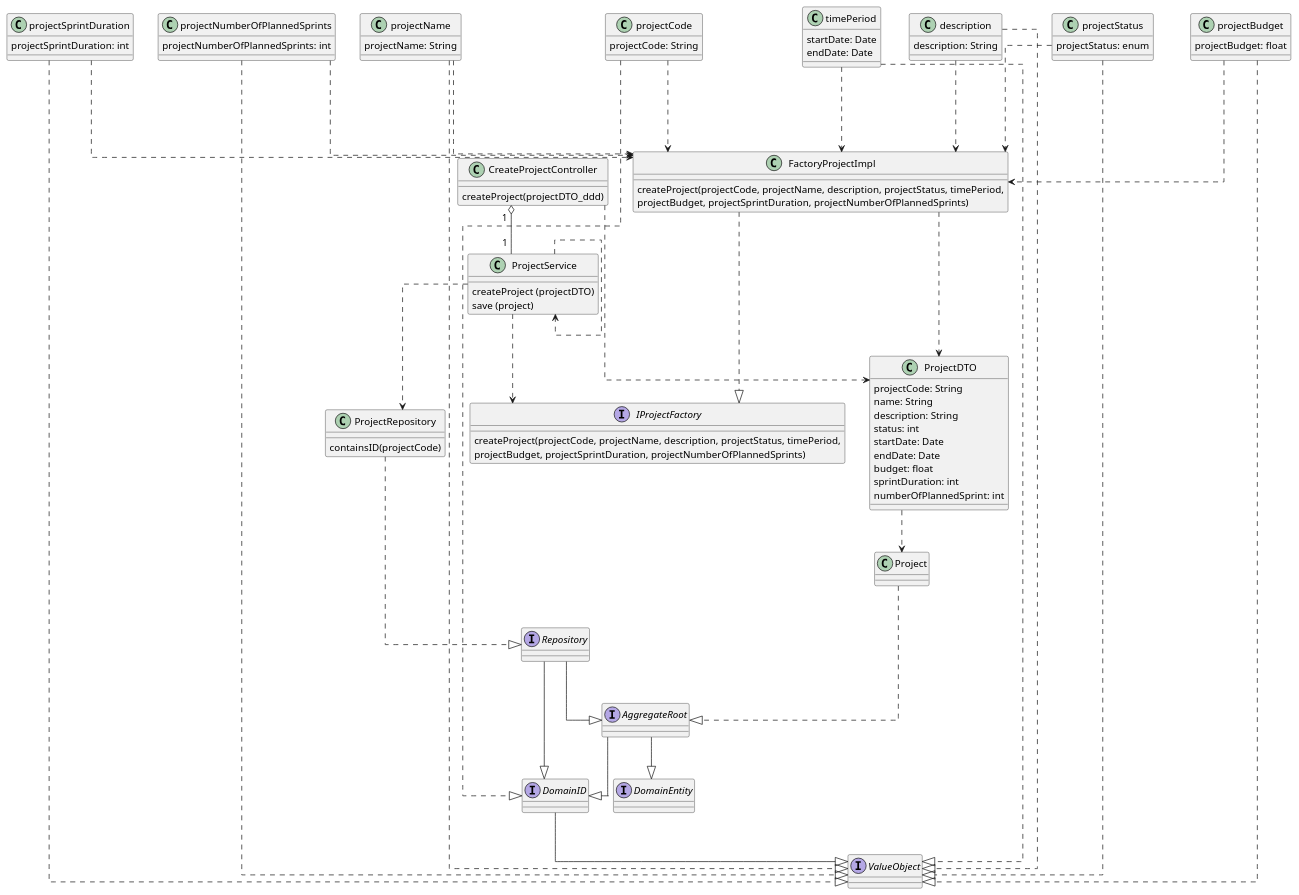
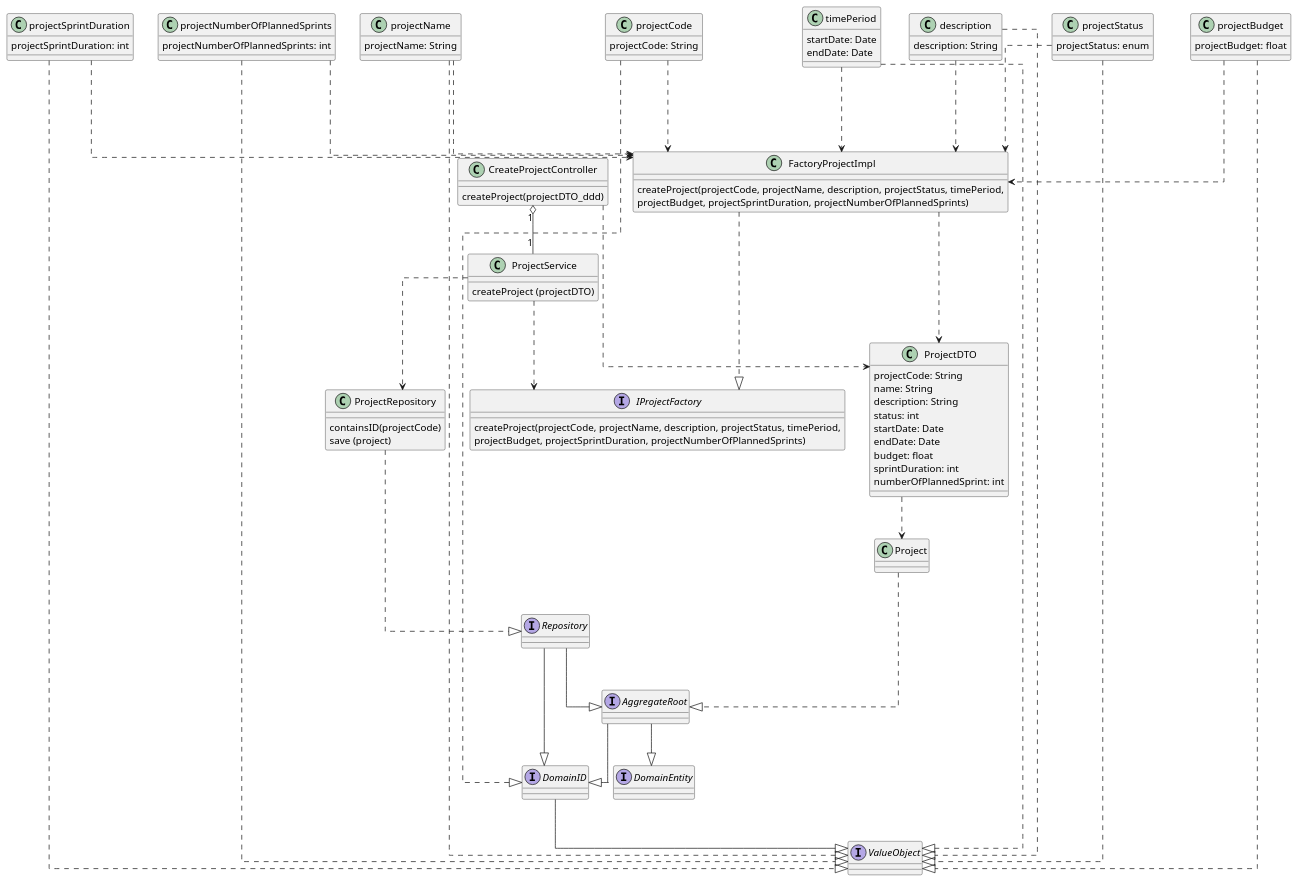
One commit to ivo-menezes/project_g3 changed the diagram in docs/modelling_design/user_stories/us010/US010_CreateProjectCD.puml. Above: the diagram before and after it, drawn with PlantUML.

Commit message:
US010: Design : New update CD (addresses #50)

```diff
--- a/docs/modelling_design/user_stories/us010/US010_CreateProjectCD.puml
+++ b/docs/modelling_design/user_stories/us010/US010_CreateProjectCD.puml
@@ -1,132 +1,130 @@
 @startuml
 skinparam linetype ortho
 
 class CreateProjectController {
 createProject(projectDTO_ddd)
 }
 
 class ProjectService {
 createProject (projectDTO)
-save (project)
 }
 
 class ProjectRepository {
 containsID(projectCode)
+save (project)
 }
 
 interface IProjectFactory {
 createProject(projectCode, projectName, description, projectStatus, timePeriod,
  projectBudget, projectSprintDuration, projectNumberOfPlannedSprints)
 }
 
 class FactoryProjectImpl {
 createProject(projectCode, projectName, description, projectStatus, timePeriod,
  projectBudget, projectSprintDuration, projectNumberOfPlannedSprints)
 }
 
 class Project {
 }
 
 
 class projectCode {
 projectCode: String
 }
 
 class projectName {
 projectName: String
 }
 
 class description {
 description: String
 }
 
 class projectStatus {
 projectStatus: enum
 }
 
 class timePeriod {
 startDate: Date
 endDate: Date
 }
 
 class projectBudget {
 projectBudget: float
 }
 
 class projectSprintDuration {
 projectSprintDuration: int
 }
 
 class projectNumberOfPlannedSprints {
 projectNumberOfPlannedSprints: int
 }
 
 class ProjectDTO {
 projectCode: String
 name: String
 description: String
 status: int
 startDate: Date
 endDate: Date
 budget: float
 sprintDuration: int
 numberOfPlannedSprint: int
 }
 
 interface ValueObject {
 }
 
 interface DomainID {
 }
 
 interface Repository {
 }
 
 interface AggregateRoot {
 }
 
 interface DomainEntity {
 }
 
 CreateProjectController "1" o--"1" ProjectService
 ProjectDTO ..> Project
 CreateProjectController ..> ProjectDTO
 ProjectService ..> IProjectFactory
-ProjectService ..> ProjectService
-
 
 FactoryProjectImpl -..> ProjectDTO
 ProjectService ..> ProjectRepository
 FactoryProjectImpl -..|> IProjectFactory
 
 projectCode -..> FactoryProjectImpl
 projectName -..> FactoryProjectImpl
 description -..> FactoryProjectImpl
 projectStatus -..> FactoryProjectImpl
 timePeriod -..> FactoryProjectImpl
 projectBudget -..> FactoryProjectImpl
 projectSprintDuration -..> FactoryProjectImpl
 projectNumberOfPlannedSprints -..> FactoryProjectImpl
 
 DomainID --|> ValueObject
 Repository --|> DomainID
 Repository --|> AggregateRoot
 AggregateRoot --|> DomainID
 AggregateRoot --|> DomainEntity
 
 projectCode -..|> DomainID
 projectName ..|> ValueObject
 description -..|> ValueObject
 projectStatus -..|> ValueObject
 timePeriod -..|> ValueObject
 projectBudget -..|> ValueObject
 projectSprintDuration -..|> ValueObject
 projectNumberOfPlannedSprints -..|> ValueObject
 
 Project -..|> AggregateRoot
 ProjectRepository -..|> Repository
 
 
 
 
 @enduml
```
